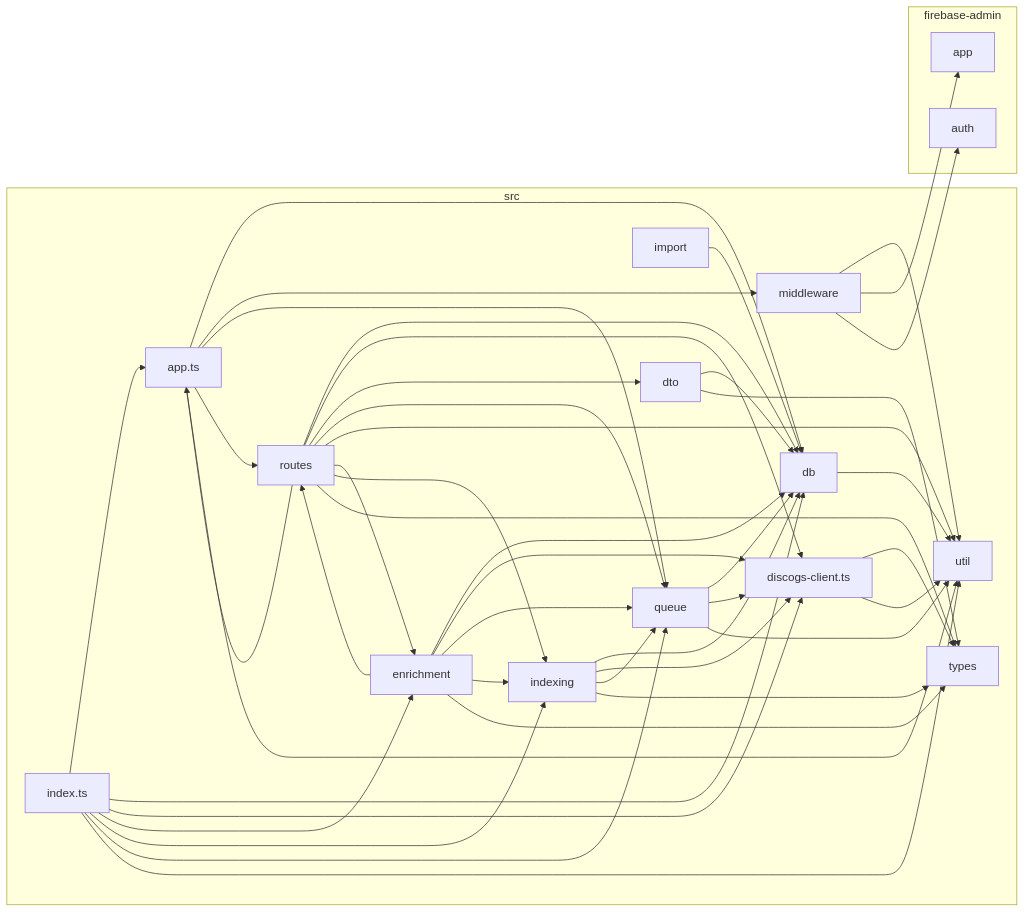
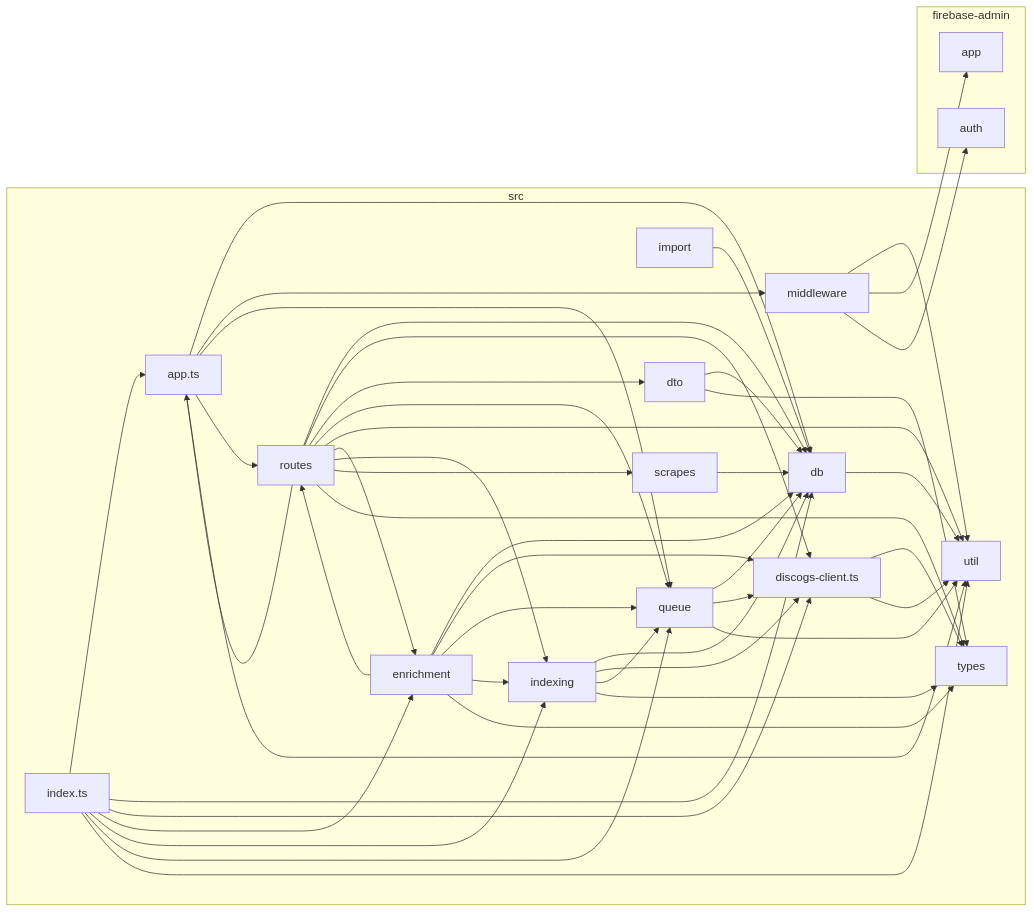
Before and after one commit to ceolpandan/fader-be: the diagram in docs/architecture/modules.mmd, drawn with Mermaid. The commit also changed 21 other files, not shown here.

```diff
--- a/docs/architecture/modules.mmd
+++ b/docs/architecture/modules.mmd
@@ -1,64 +1,67 @@
 flowchart LR
 
 subgraph 0["firebase-admin"]
 1["app"]
 2["auth"]
 end
 subgraph 3["src"]
 4["app.ts"]
 5["db"]
 6["discogs-client.ts"]
 7["dto"]
 8["enrichment"]
 9["import"]
 A["index.ts"]
 B["indexing"]
 C["middleware"]
 D["queue"]
 E["routes"]
-F["types"]
-G["util"]
+F["scrapes"]
+G["types"]
+H["util"]
 end
 4-->5
 4-->C
 4-->D
 4-->E
-4-->G
-5-->G
-6-->F
+4-->H
+5-->H
 6-->G
+6-->H
 7-->5
-7-->F
+7-->G
 8-->5
 8-->6
 8-->D
 8-->E
 8-->B
-8-->F
+8-->G
 9-->5
 A-->4
 A-->5
 A-->6
 A-->8
 A-->B
 A-->D
-A-->G
+A-->H
 B-->5
 B-->6
 B-->D
-B-->F
-C-->G
+B-->G
+C-->H
 C-->1
 C-->2
 D-->5
 D-->6
-D-->G
+D-->H
 E-->5
 E-->6
 E-->7
 E-->D
-E-->G
+E-->H
 E-->8
 E-->B
+E-->F
 E-->4
-E-->F
+E-->G
+F-->5
```
